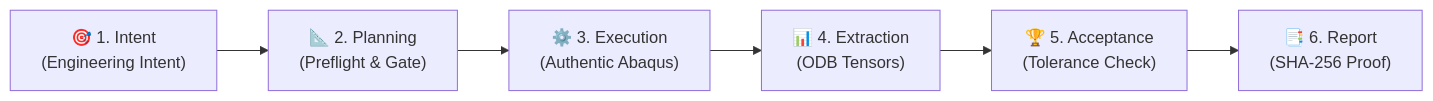
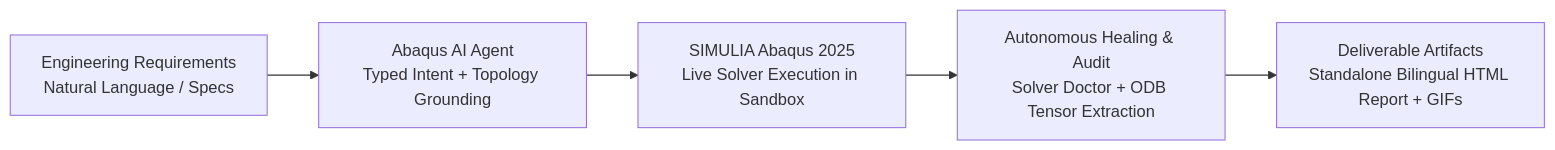
The first of 2 diagrams in README.md (chenlei-gh/Abaqus-AI-Agent), drawn with Mermaid before and after one commit. The commit also changed other lines of this file and 17 other files, not shown here.

````diff
--- a/README.md
+++ b/README.md
@@ -149,8 +31,7 @@
 ```mermaid
-flowchart LR
-    A["🎯 1. Intent<br>(Engineering Intent)"] --> B["📐 2. Planning<br>(Preflight & Gate)"]
-    B --> C["⚙️ 3. Execution<br>(Authentic Abaqus)"]
-    C --> D["📊 4. Extraction<br>(ODB Tensors)"]
-    D --> E["🏆 5. Acceptance<br>(Tolerance Check)"]
-    E --> F["📑 6. Report<br>(SHA-256 Proof)"]
+graph LR
+    A[Engineering Requirements<br>Natural Language / Specs] --> B[Abaqus AI Agent<br>Typed Intent + Topology Grounding]
+    B --> C[SIMULIA Abaqus 2025<br>Live Solver Execution in Sandbox]
+    C --> D[Autonomous Healing & Audit<br>Solver Doctor + ODB Tensor Extraction]
+    D --> E[Deliverable Artifacts<br>Standalone Bilingual HTML Report + GIFs]
 ```
````
